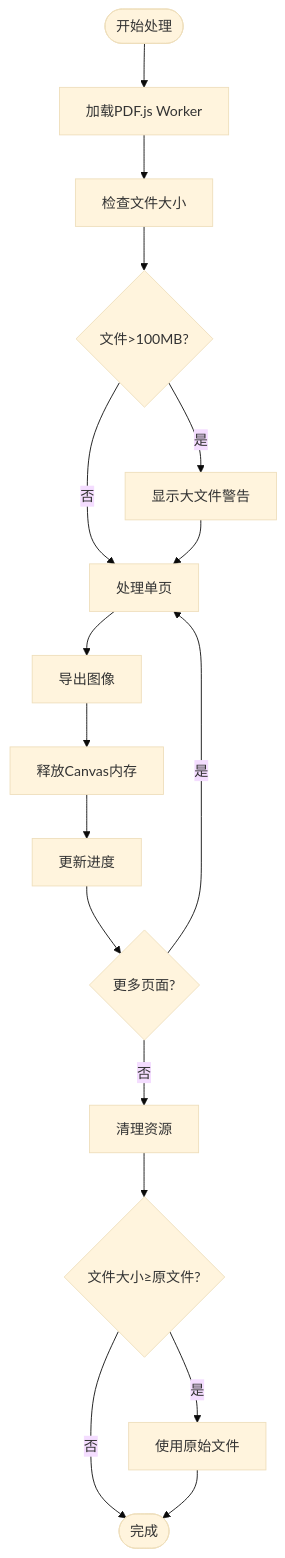
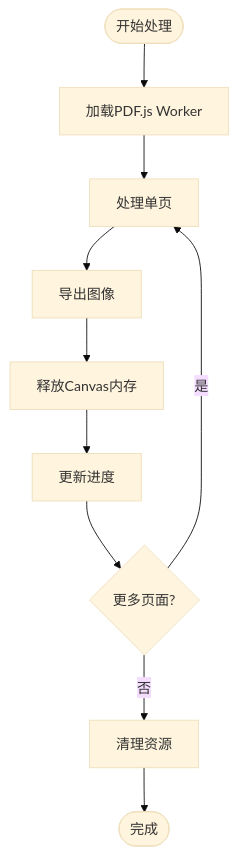
Before and after one commit to sgyy/privadeck: the ninth of 9 diagrams in .qoder/repowiki/zh/content/PDF工具/PDF压缩工具.md, drawn with Mermaid (base theme). The commit also changed other lines of this file and 48 other files, not shown here.

````diff
--- a/.qoder/repowiki/zh/content/PDF工具/PDF压缩工具.md
+++ b/.qoder/repowiki/zh/content/PDF工具/PDF压缩工具.md
@@ -511,19 +570,12 @@
 ```mermaid
 flowchart TD
 Start([开始处理]) --> LoadWorker["加载PDF.js Worker"]
-LoadWorker --> CheckFileSize["检查文件大小"]
-CheckFileSize --> LargeFile{"文件>100MB?"}
-LargeFile --> |是| WarnUser["显示大文件警告"]
-LargeFile --> |否| ProcessPage["处理单页"]
-WarnUser --> ProcessPage
+LoadWorker --> ProcessPage["处理单页"]
 ProcessPage --> ExportImage["导出图像"]
 ExportImage --> ReleaseCanvas["释放Canvas内存"]
 ReleaseCanvas --> UpdateProgress["更新进度"]
 UpdateProgress --> NextPage{"更多页面?"}
 NextPage --> |是| ProcessPage
 NextPage --> |否| Cleanup["清理资源"]
-Cleanup --> CheckThreshold{"文件大小≥原文件?"}
-CheckThreshold --> |是| UseOriginal["使用原始文件"]
-CheckThreshold --> |否| End([完成])
-UseOriginal --> End
+Cleanup --> End([完成])
 ```
````
